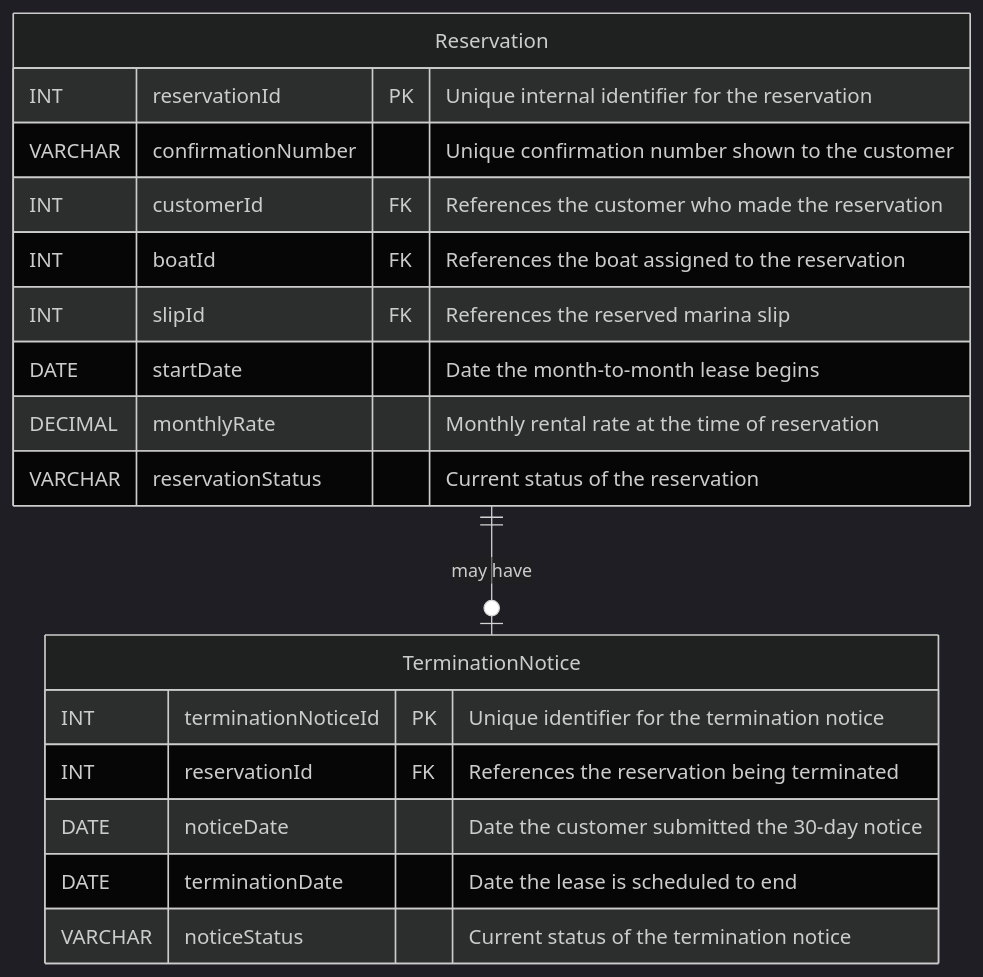
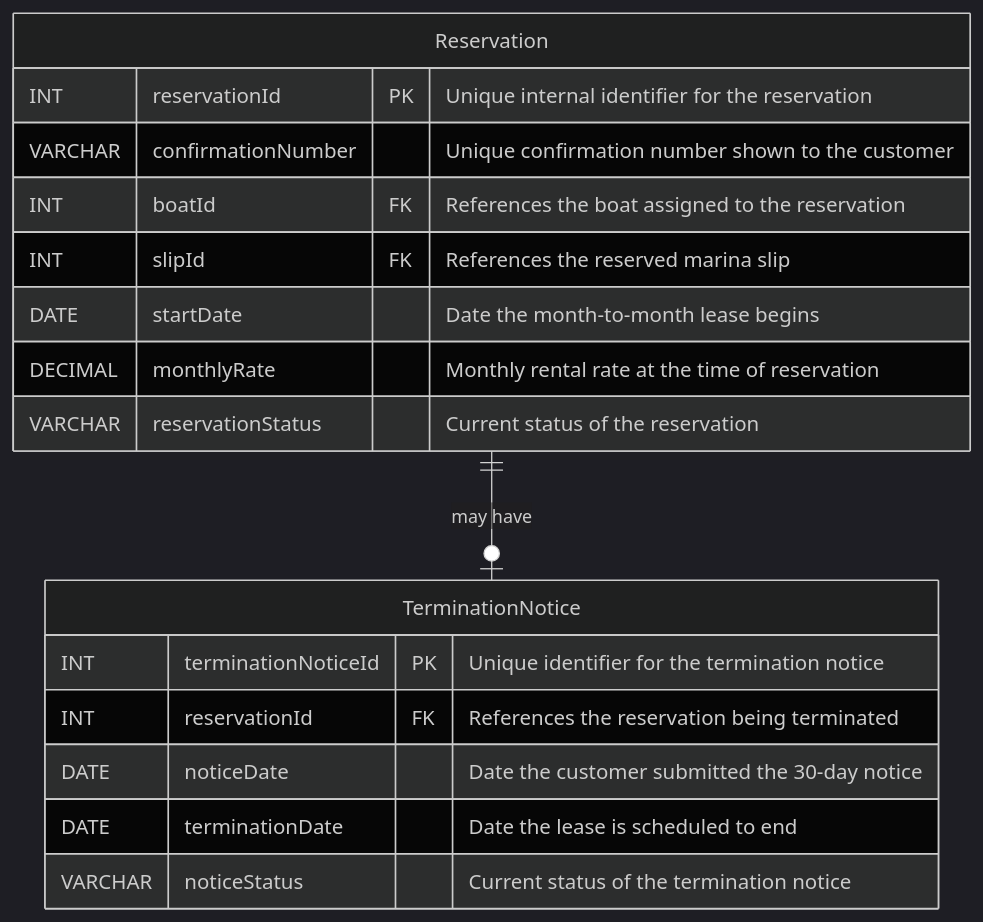
One commit to BobbyJoeCool/csd460-blueteam changed the diagram in Module-3/Rodriguez_ERD.mmd. Above: the diagram before and after it, drawn with Mermaid (dark theme).

Commit message:
removed CustId

```diff
--- a/Module-3/Rodriguez_ERD.mmd
+++ b/Module-3/Rodriguez_ERD.mmd
@@ -1,22 +1,21 @@
 
 erDiagram
     Reservation ||--o| TerminationNotice : "may have"
 
     Reservation {
         INT reservationId PK "Unique internal identifier for the reservation"
         VARCHAR confirmationNumber "Unique confirmation number shown to the customer"
-        INT customerId FK "References the customer who made the reservation"
         INT boatId FK "References the boat assigned to the reservation"
         INT slipId FK "References the reserved marina slip"
         DATE startDate "Date the month-to-month lease begins"
         DECIMAL monthlyRate "Monthly rental rate at the time of reservation"
         VARCHAR reservationStatus "Current status of the reservation"
     }
 
     TerminationNotice {
         INT terminationNoticeId PK "Unique identifier for the termination notice"
         INT reservationId FK "References the reservation being terminated"
         DATE noticeDate "Date the customer submitted the 30-day notice"
         DATE terminationDate "Date the lease is scheduled to end"
         VARCHAR noticeStatus "Current status of the termination notice"
     }
```
